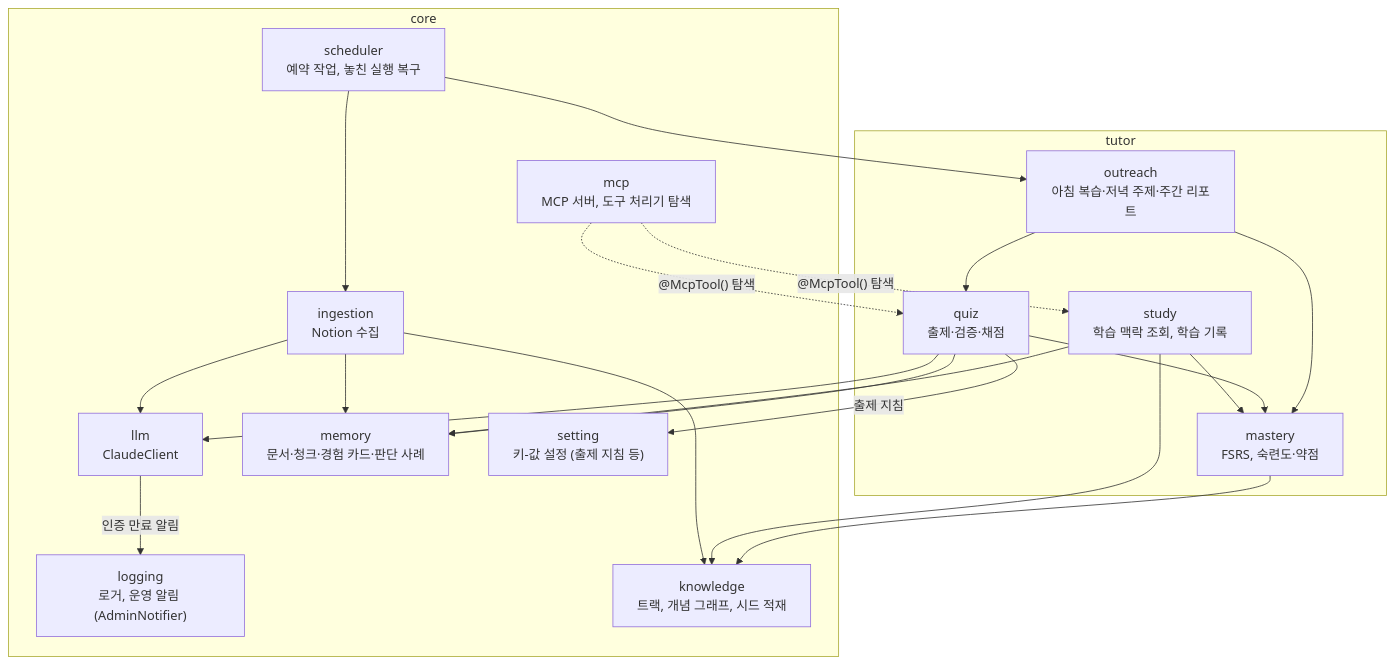
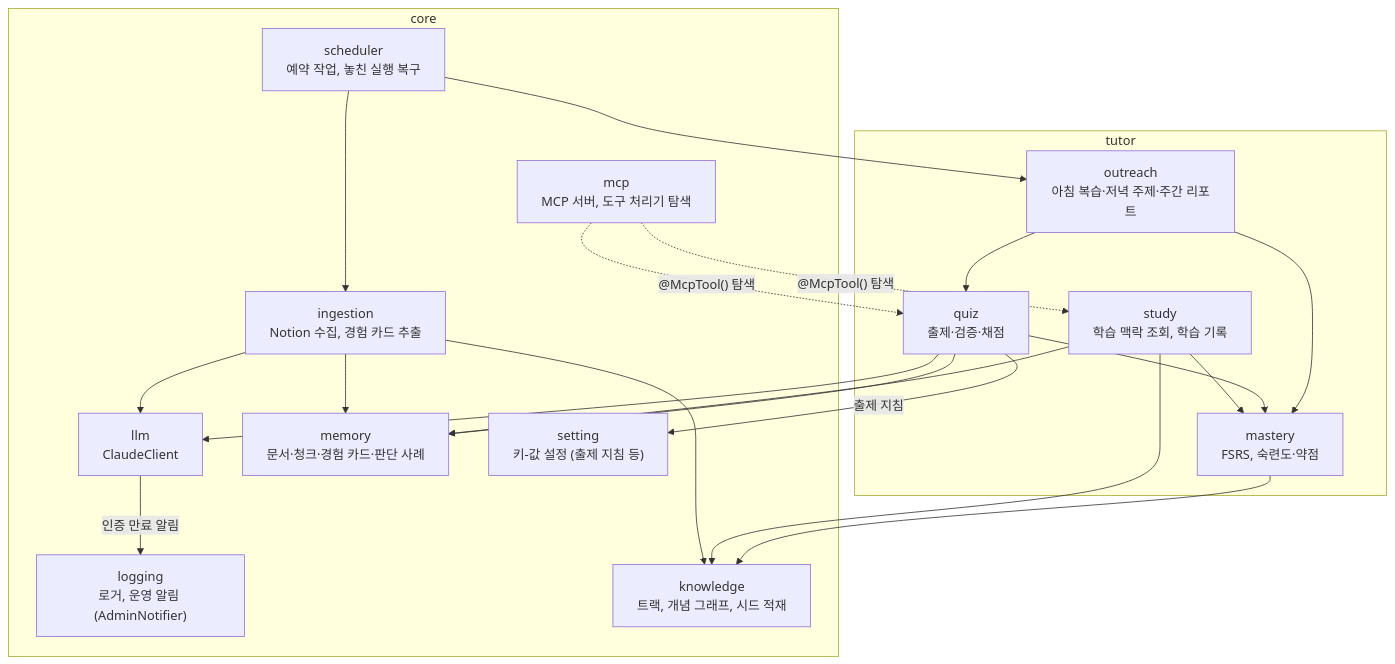
The diagram in docs/architecture/c4-3-component.md (Wonchang0314/growth-assistant), drawn with Mermaid before and after one commit. The commit also changed 31 other files, not shown here.

````diff
--- a/docs/architecture/c4-3-component.md
+++ b/docs/architecture/c4-3-component.md
@@ -5,43 +5,43 @@
 ```mermaid
 flowchart TB
     subgraph core
         mcp["mcp<br/>MCP 서버, 도구 처리기 탐색"]
         llm["llm<br/>ClaudeClient"]
         logging["logging<br/>로거, 운영 알림 (AdminNotifier)"]
         memory["memory<br/>문서·청크·경험 카드·판단 사례"]
         knowledge["knowledge<br/>트랙, 개념 그래프, 시드 적재"]
-        ingestion["ingestion<br/>Notion 수집"]
+        ingestion["ingestion<br/>Notion 수집, 경험 카드 추출"]
         scheduler["scheduler<br/>예약 작업, 놓친 실행 복구"]
         setting["setting<br/>키-값 설정 (출제 지침 등)"]
     end
 
     subgraph tutor
         study["study<br/>학습 맥락 조회, 학습 기록"]
         quiz["quiz<br/>출제·검증·채점"]
         mastery["mastery<br/>FSRS, 숙련도·약점"]
         outreach["outreach<br/>아침 복습·저녁 주제·주간 리포트"]
     end
 
     mcp -.->|"@McpTool() 탐색"| study
     mcp -.->|"@McpTool() 탐색"| quiz
     scheduler --> outreach
     scheduler --> ingestion
     llm -->|"인증 만료 알림"| logging
     quiz -->|"출제 지침"| setting
 
     ingestion --> llm
     ingestion --> memory
     ingestion --> knowledge
 
     study --> memory
     study --> knowledge
     study --> mastery
 
     quiz --> llm
     quiz --> mastery
     quiz --> memory
 
     mastery --> knowledge
     outreach --> quiz
     outreach --> mastery
 ```
````
